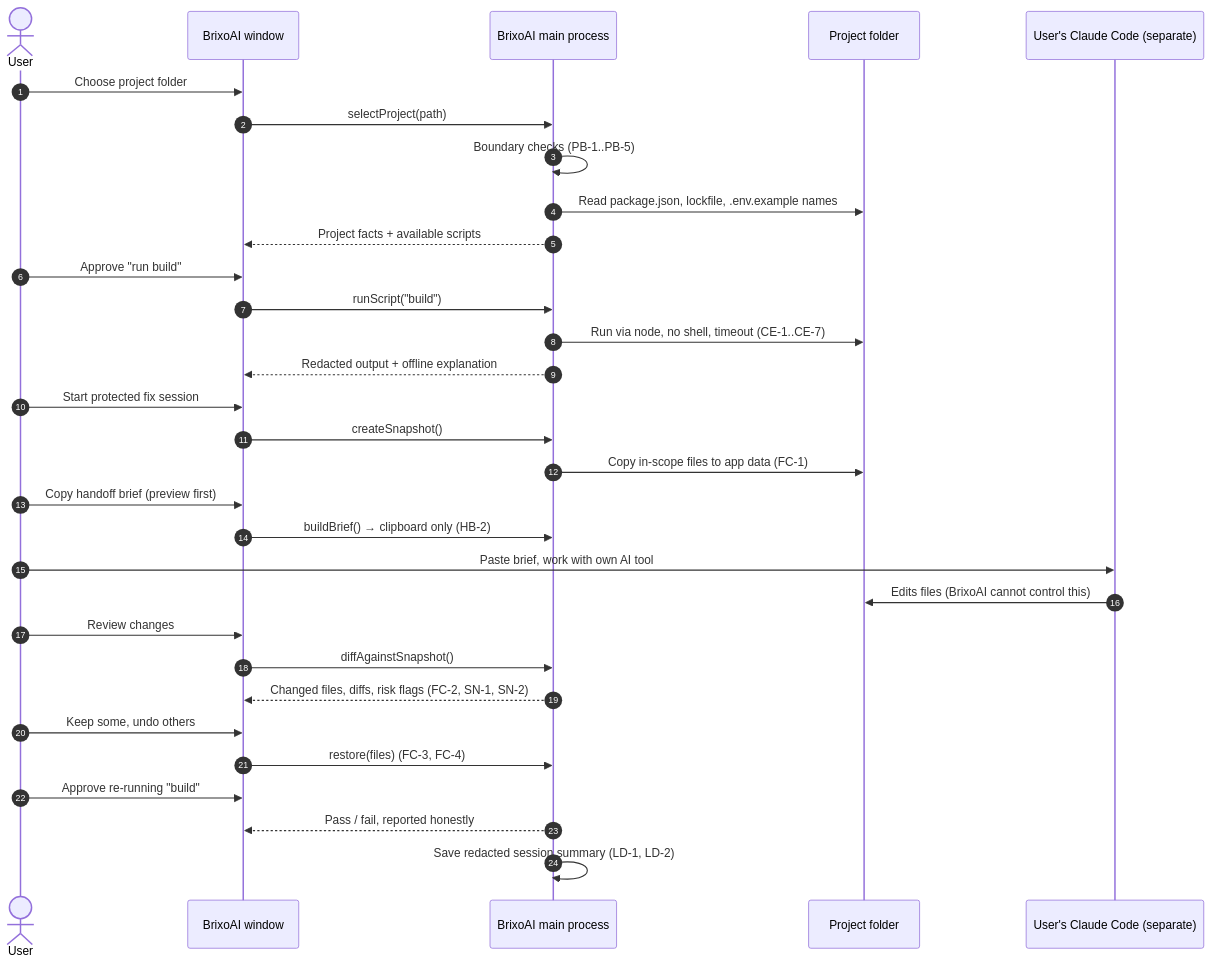
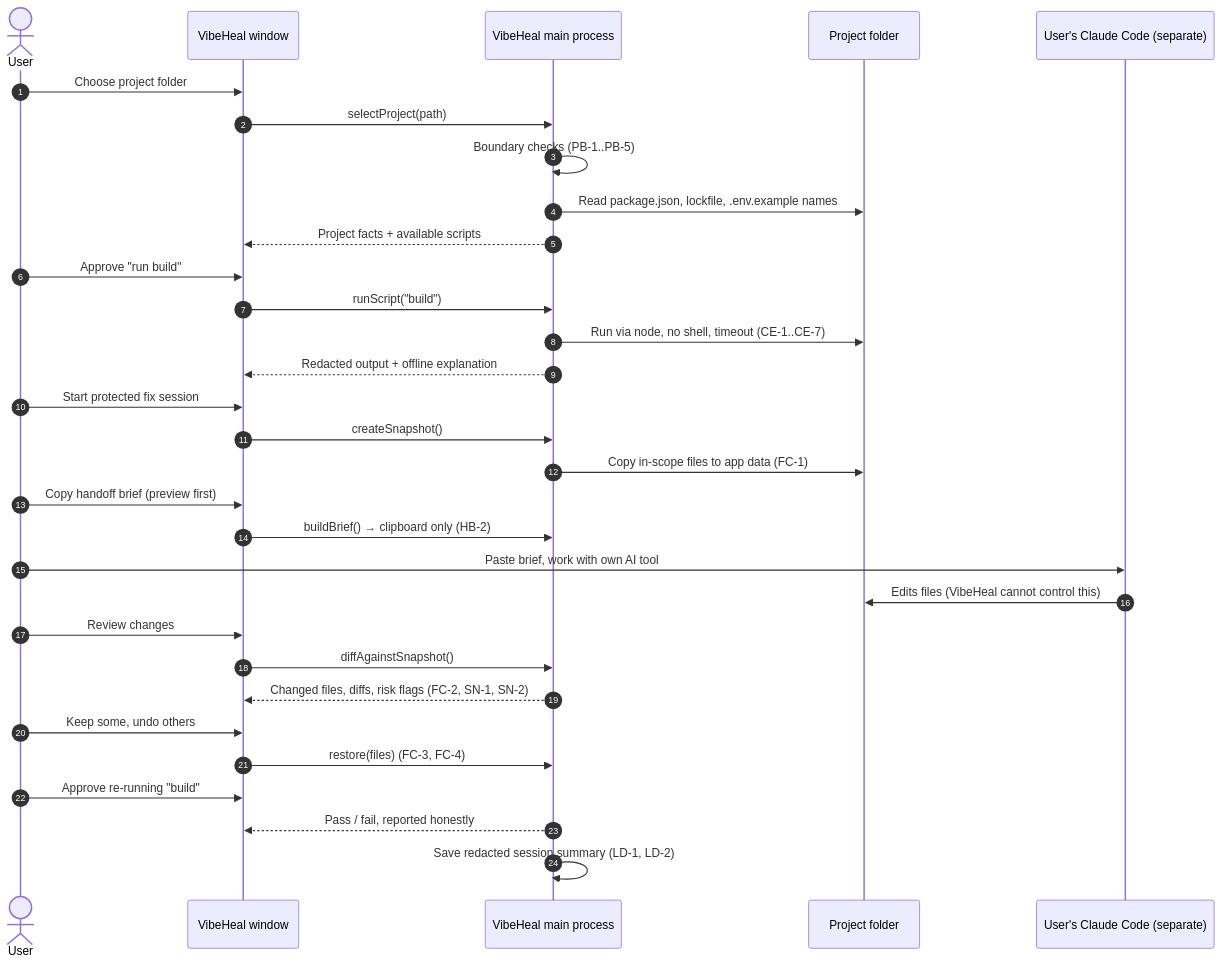
Before and after one commit to The-enlit-dev/VibeHealAI: the second of 3 diagrams in docs/planning/ARCHITECTURE.md, drawn with Mermaid. The commit also changed other lines of this file and 83 other files, not shown here.

First line of the commit message:
Rename the product from BrixoAI to VibeHeal

````diff
--- a/docs/planning/ARCHITECTURE.md
+++ b/docs/planning/ARCHITECTURE.md
@@ -77,34 +77,34 @@
 ```mermaid
 sequenceDiagram
   autonumber
   actor U as User
-  participant W as BrixoAI window
-  participant M as BrixoAI main process
+  participant W as VibeHeal window
+  participant M as VibeHeal main process
   participant P as Project folder
   participant C as User's Claude Code (separate)
 
   U->>W: Choose project folder
   W->>M: selectProject(path)
   M->>M: Boundary checks (PB-1..PB-5)
   M->>P: Read package.json, lockfile, .env.example names
   M-->>W: Project facts + available scripts
   U->>W: Approve "run build"
   W->>M: runScript("build")
   M->>P: Run via node, no shell, timeout (CE-1..CE-7)
   M-->>W: Redacted output + offline explanation
   U->>W: Start protected fix session
   W->>M: createSnapshot()
   M->>P: Copy in-scope files to app data (FC-1)
   U->>W: Copy handoff brief (preview first)
   W->>M: buildBrief() → clipboard only (HB-2)
   U->>C: Paste brief, work with own AI tool
-  C->>P: Edits files (BrixoAI cannot control this)
+  C->>P: Edits files (VibeHeal cannot control this)
   U->>W: Review changes
   W->>M: diffAgainstSnapshot()
   M-->>W: Changed files, diffs, risk flags (FC-2, SN-1, SN-2)
   U->>W: Keep some, undo others
   W->>M: restore(files) (FC-3, FC-4)
   U->>W: Approve re-running "build"
   M-->>W: Pass / fail, reported honestly
   M->>M: Save redacted session summary (LD-1, LD-2)
 ```
````
